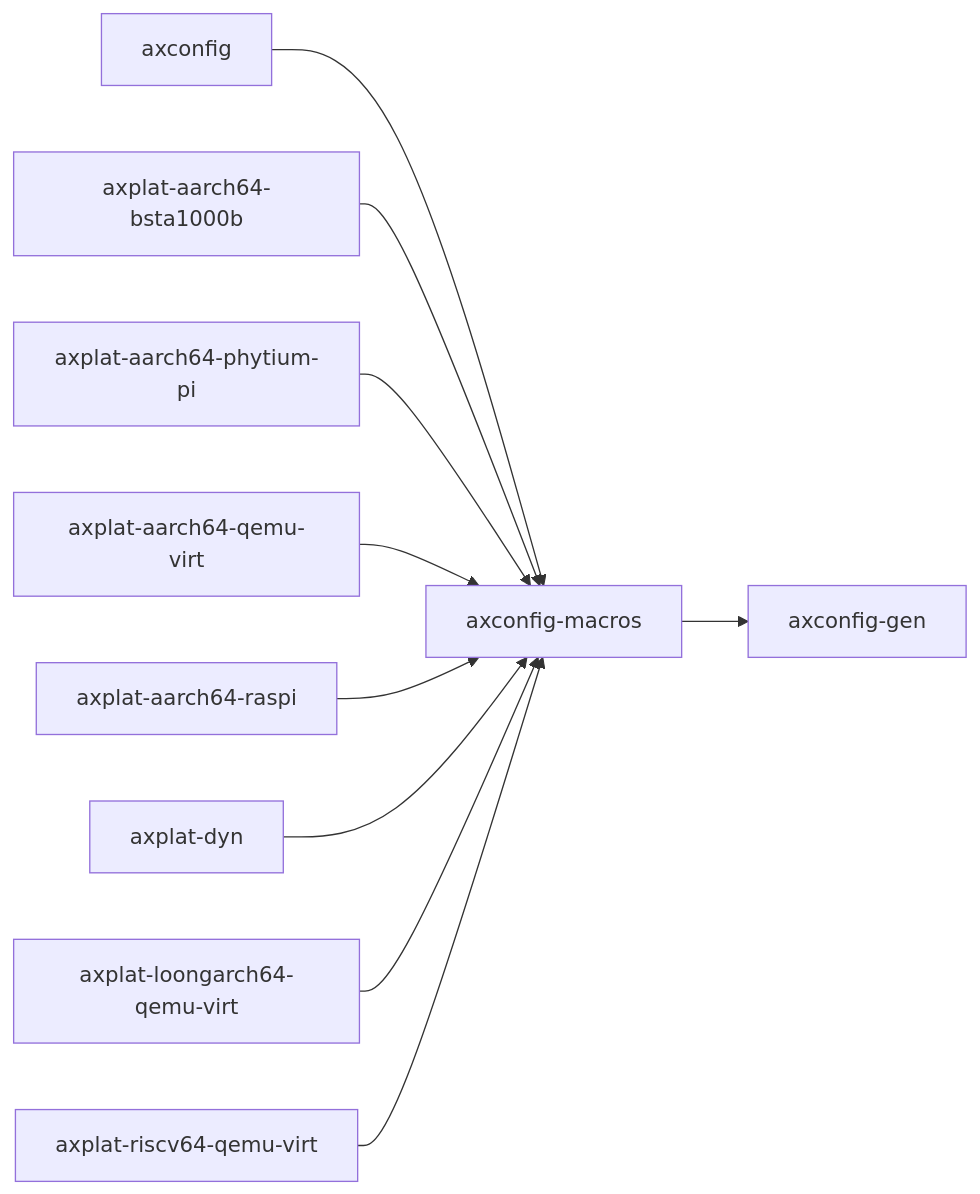
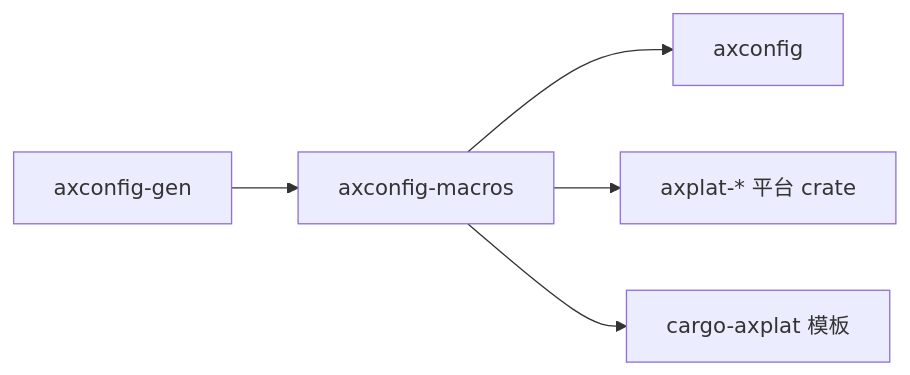
The second of 2 diagrams in docs/crates/axconfig-macros.md (rcore-os/tgoskits), drawn with Mermaid before and after one commit. The commit also changed other lines of this file and 99 other files, not shown here.

````diff
--- a/docs/crates/axconfig-macros.md
+++ b/docs/crates/axconfig-macros.md
@@ -32,13 +95,7 @@
 ```mermaid
 graph LR
-    current["axconfig-macros"]
-    current --> axconfig_gen["axconfig-gen"]
-    axconfig["axconfig"] --> current
-    axplat_aarch64_bsta1000b["axplat-aarch64-bsta1000b"] --> current
-    axplat_aarch64_phytium_pi["axplat-aarch64-phytium-pi"] --> current
-    axplat_aarch64_qemu_virt["axplat-aarch64-qemu-virt"] --> current
-    axplat_aarch64_raspi["axplat-aarch64-raspi"] --> current
-    axplat_dyn["axplat-dyn"] --> current
-    axplat_loongarch64_qemu_virt["axplat-loongarch64-qemu-virt"] --> current
-    axplat_riscv64_qemu_virt["axplat-riscv64-qemu-virt"] --> current
+    axconfig_gen["axconfig-gen"] --> macros["axconfig-macros"]
+    macros --> axconfig["axconfig"]
+    macros --> axplat["axplat-* 平台 crate"]
+    macros --> template["cargo-axplat 模板"]
 ```
````
